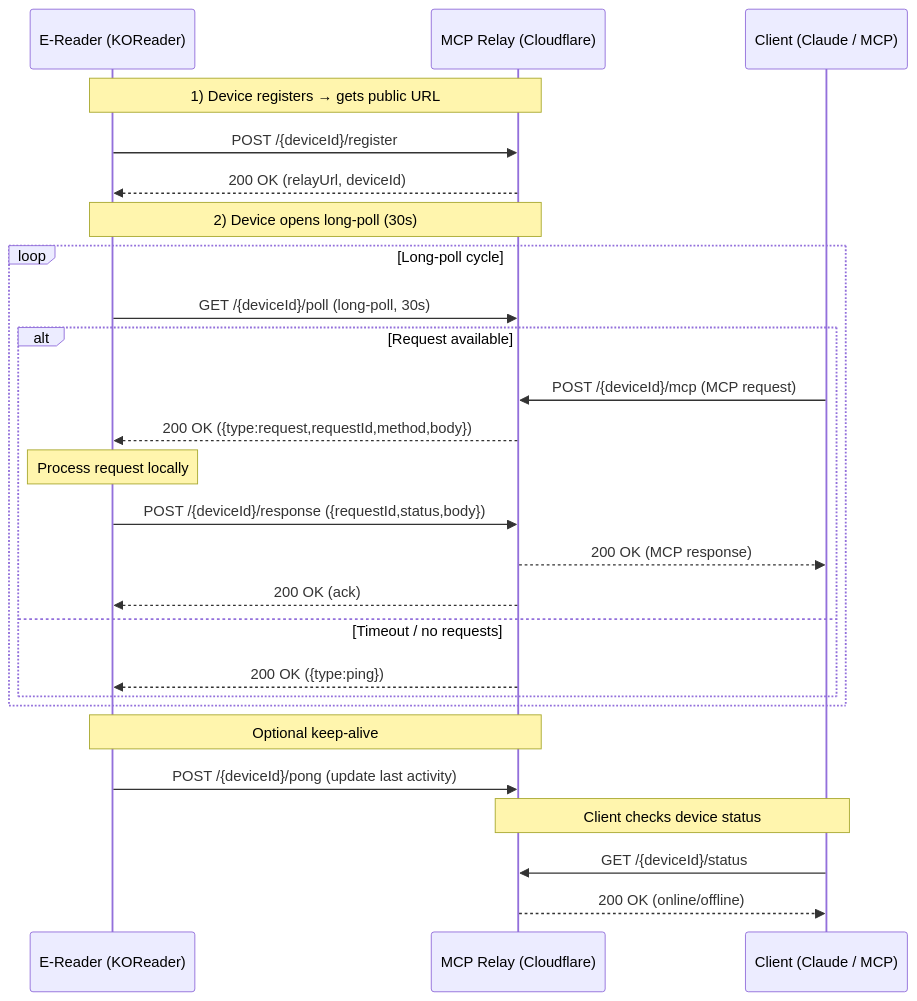
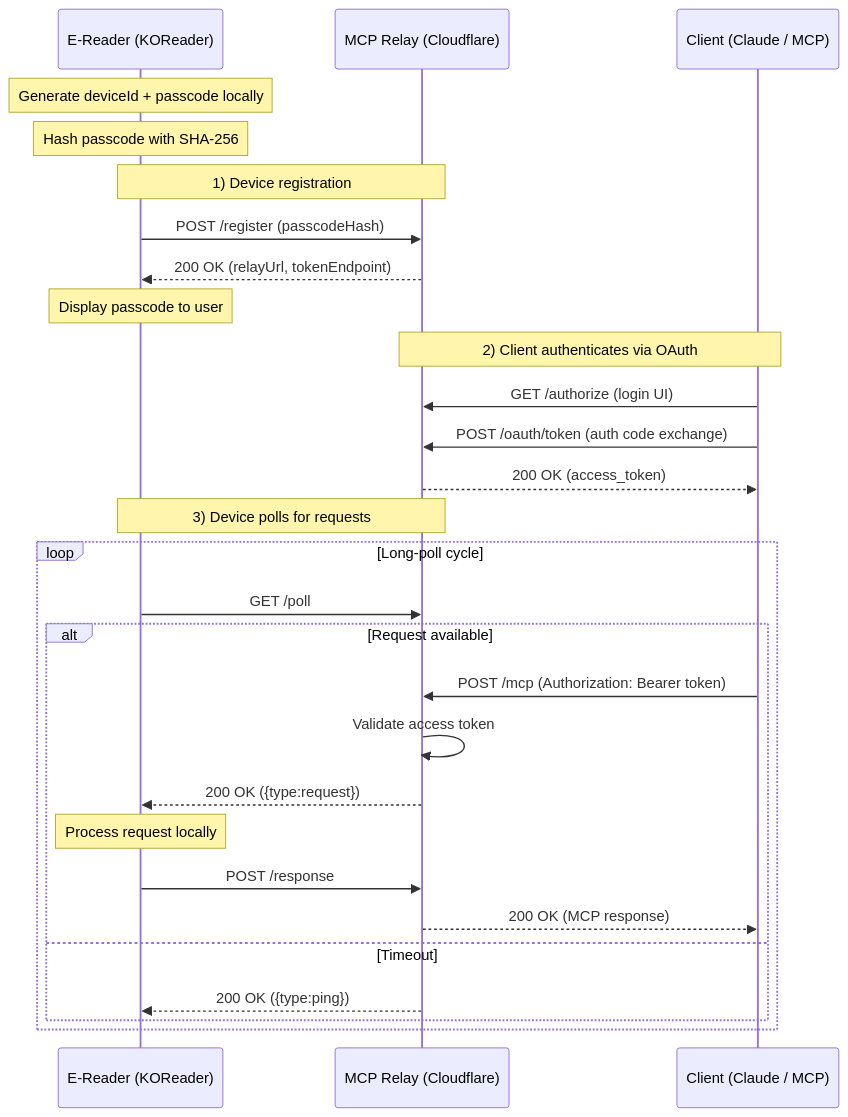
The diagram in README.md (laughedelic/koreader-mcp-cloud-relay), drawn with Mermaid before and after one commit. The commit also changed other lines of this file and 7 other files, not shown here.

````diff
--- a/README.md
+++ b/README.md
@@ -13,32 +16,34 @@
 ```mermaid
 sequenceDiagram
   participant D as E-Reader (KOReader)
   participant R as MCP Relay (Cloudflare)
   participant C as Client (Claude / MCP)
 
-  Note over D,R: 1) Device registers → gets public URL
-  D->>R: POST /{deviceId}/register
-  R-->>D: 200 OK (relayUrl, deviceId)
+  Note over D: Generate deviceId + passcode locally
+  Note over D: Hash passcode with SHA-256
 
-  Note over D,R: 2) Device opens long-poll (30s)
+  Note over D,R: 1) Device registration
+  D->>R: POST /register (passcodeHash)
+  R-->>D: 200 OK (relayUrl, tokenEndpoint)
+  Note over D: Display passcode to user
+
+  Note over C,R: 2) Client authenticates via OAuth
+  C->>R: GET /authorize (login UI)
+  C->>R: POST /oauth/token (auth code exchange)
+  R-->>C: 200 OK (access_token)
+
+  Note over D,R: 3) Device polls for requests
   loop Long-poll cycle
-    D->>R: GET /{deviceId}/poll (long-poll, 30s)
+    D->>R: GET /poll
     alt Request available
-      C->>R: POST /{deviceId}/mcp (MCP request)
-      R-->>D: 200 OK ({type:request,requestId,method,body})
+      C->>R: POST /mcp (Authorization: Bearer token)
+      R->>R: Validate access token
+      R-->>D: 200 OK ({type:request})
       Note over D: Process request locally
-      D->>R: POST /{deviceId}/response ({requestId,status,body})
+      D->>R: POST /response
       R-->>C: 200 OK (MCP response)
-      R-->>D: 200 OK (ack)
-    else Timeout / no requests
+    else Timeout
       R-->>D: 200 OK ({type:ping})
     end
   end
-
-  Note over D,R: Optional keep-alive
-  D->>R: POST /{deviceId}/pong (update last activity)
-
-  Note over C,R: Client checks device status
-  C->>R: GET /{deviceId}/status
-  R-->>C: 200 OK (online/offline)
 ```
````
